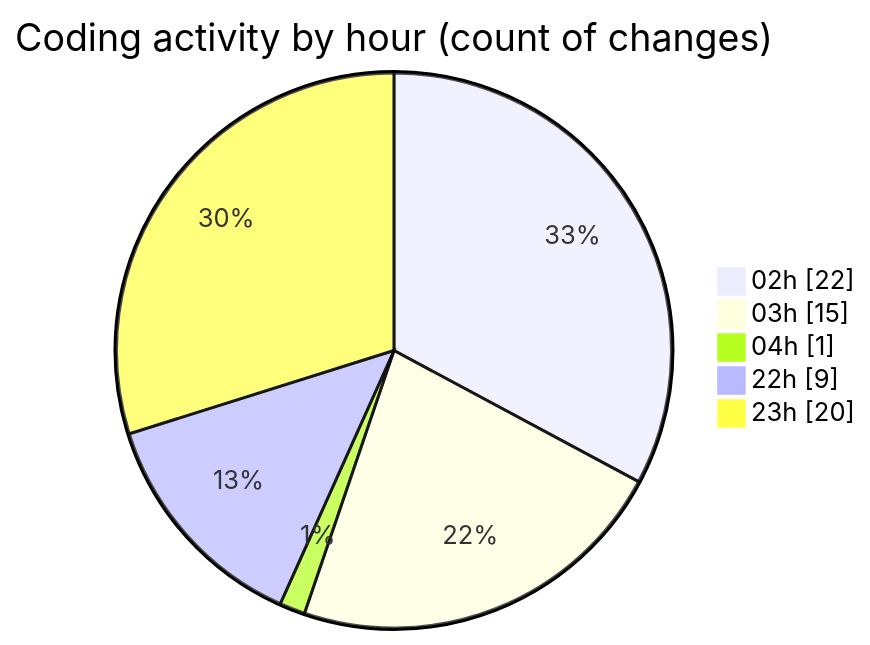
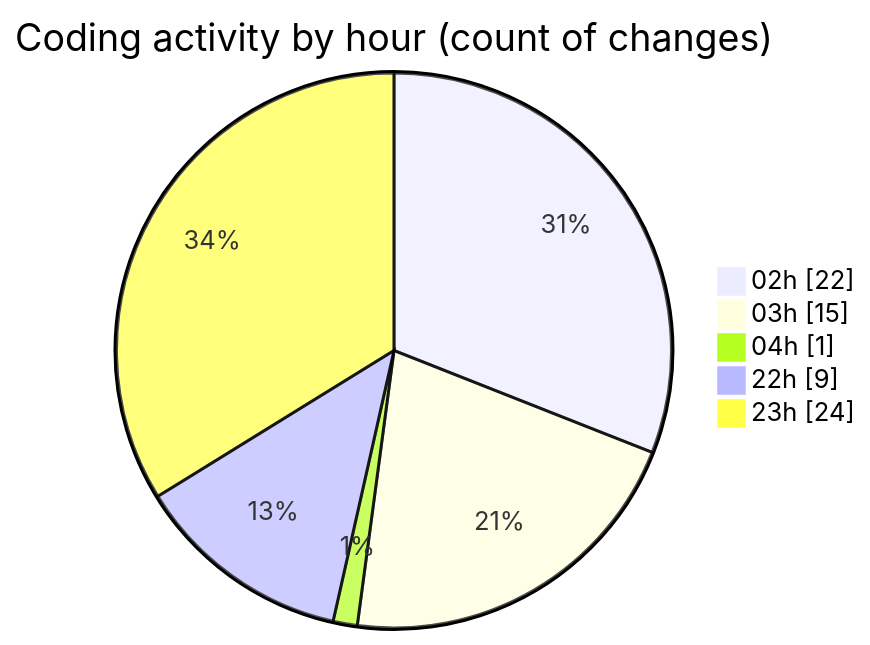
One commit to EIIisD/code-tracking changed the second of 2 diagrams in 2025-07-11/ribbon/README.md. Above: the diagram before and after it, drawn with Mermaid. The commit also changed other lines of this file and 1 other file, not shown here.

````diff
--- a/2025-07-11/ribbon/README.md
+++ b/2025-07-11/ribbon/README.md
@@ -50,9 +51,9 @@
 ```mermaid
 pie showData
 title Coding activity by hour (count of changes)
 "02h" : 22
 "03h" : 15
 "04h" : 1
 "22h" : 9
-"23h" : 20
+"23h" : 24
 ```
````
